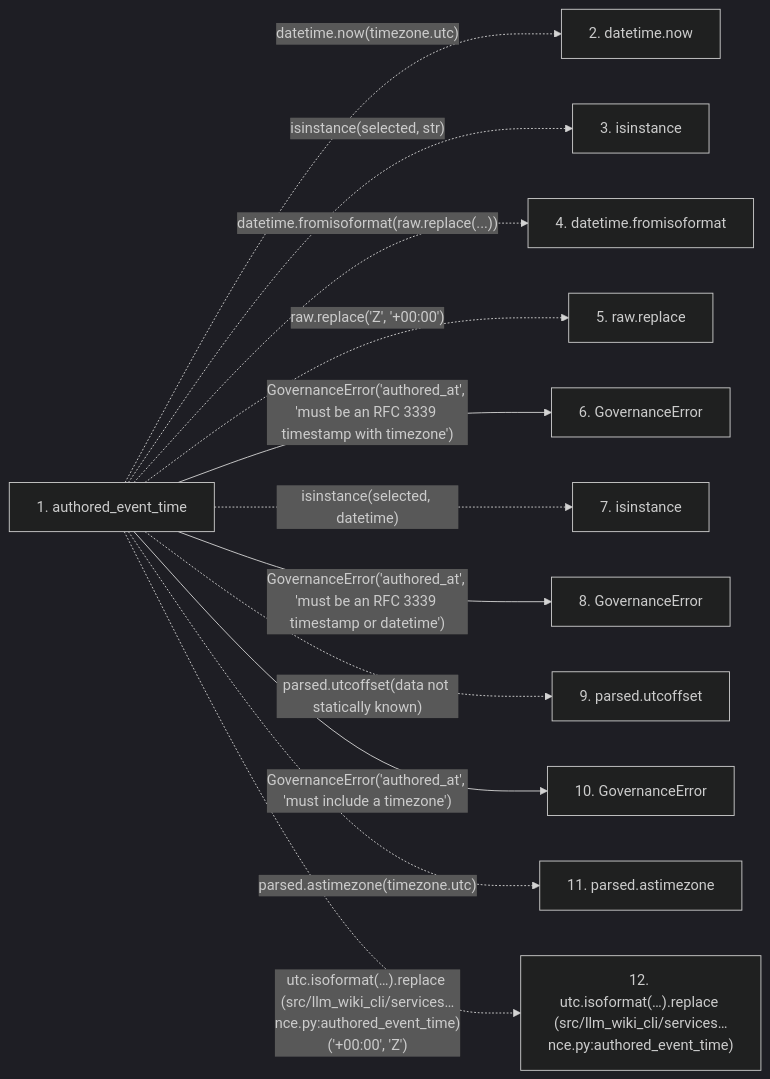
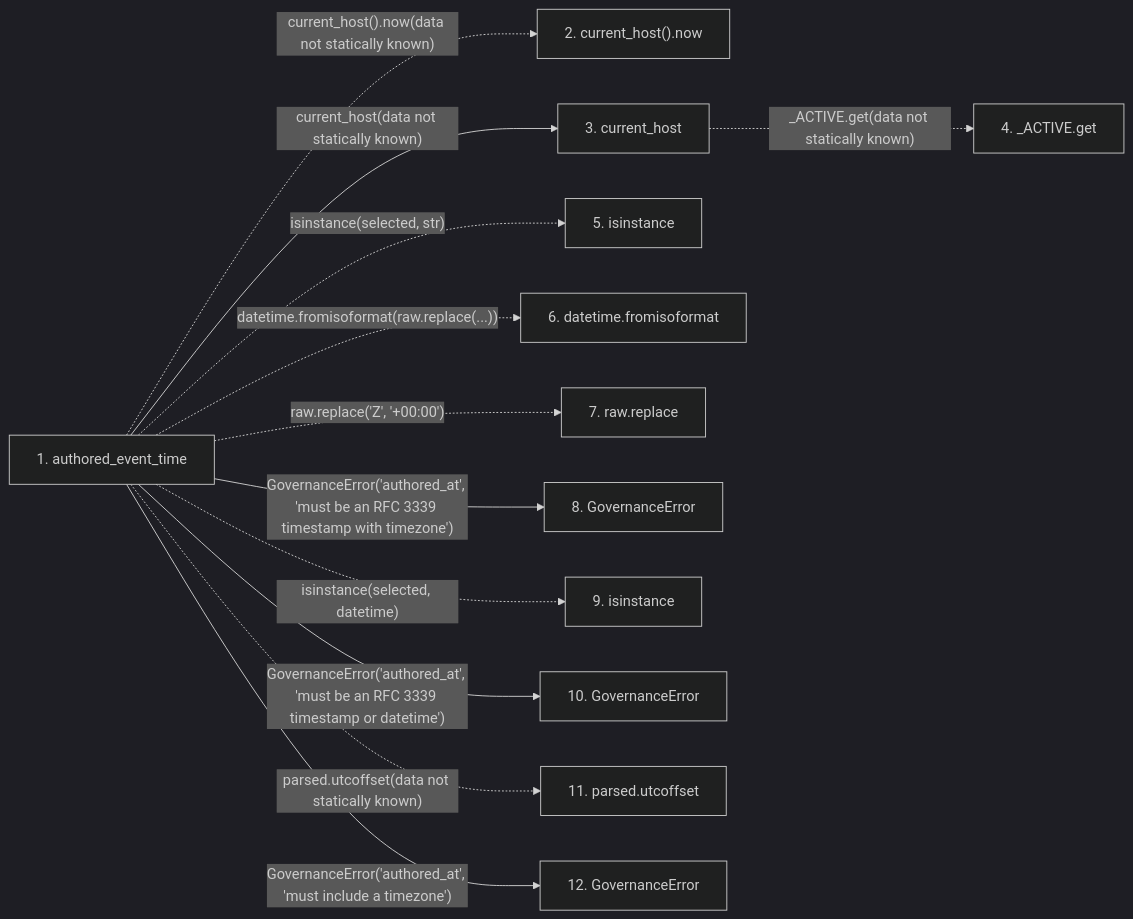
One commit to Denissvgn/python-wiki-llm changed the second of 2 diagrams in docs/llm_wiki/flows/api-authored_event_time.md. Above: the diagram before and after it, drawn with Mermaid (dark theme). The commit also changed other lines of this file and 1555 other files, not shown here.

````diff
--- a/docs/llm_wiki/flows/api-authored_event_time.md
+++ b/docs/llm_wiki/flows/api-authored_event_time.md
@@ -76,30 +80,31 @@
 ```mermaid
 flowchart LR
     s1["1. authored_event_time"]
-    s2["2. datetime.now"]
-    s3["3. isinstance"]
-    s4["4. datetime.fromisoformat"]
-    s5["5. raw.replace"]
-    s6["6. GovernanceError"]
-    s7["7. isinstance"]
+    s2["2. current_host().now"]
+    s3["3. current_host"]
+    s4["4. _ACTIVE.get"]
+    s5["5. isinstance"]
+    s6["6. datetime.fromisoformat"]
+    s7["7. raw.replace"]
     s8["8. GovernanceError"]
-    s9["9. parsed.utcoffset"]
+    s9["9. isinstance"]
     s10["10. GovernanceError"]
-    s11["11. parsed.astimezone"]
-    s12["12. utc.isoformat(…).replace (src/llm_wiki_cli/services…nce.py:authored_event_time)"]
-    s1 -. "datetime.now(timezone.utc)" .-> s2
-    s1 -. "isinstance(selected, str)" .-> s3
-    s1 -. "datetime.fromisoformat(raw.replace(...))" .-> s4
-    s1 -. "raw.replace('Z', '+00:00')" .-> s5
-    s1 -->|"GovernanceError('authored_at', 'must be an RFC 3339 timestamp with timezone')"| s6
-    s1 -. "isinstance(selected, datetime)" .-> s7
-    s1 -->|"GovernanceError('authored_at', 'must be an RFC 3339 timestamp or datetime')"| s8
-    s1 -. "parsed.utcoffset(data not statically known)" .-> s9
-    s1 -->|"GovernanceError('authored_at', 'must include a timezone')"| s10
-    s1 -. "parsed.astimezone(timezone.utc)" .-> s11
-    s1 -. "utc.isoformat(…).replace (src/llm_wiki_cli/services…nce.py:authored_event_time)('+00:00', 'Z')" .-> s12
+    s11["11. parsed.utcoffset"]
+    s12["12. GovernanceError"]
+    s1 -. "current_host().now(data not statically known)" .-> s2
+    s1 -->|"current_host(data not statically known)"| s3
+    s3 -. "_ACTIVE.get(data not statically known)" .-> s4
+    s1 -. "isinstance(selected, str)" .-> s5
+    s1 -. "datetime.fromisoformat(raw.replace(...))" .-> s6
+    s1 -. "raw.replace('Z', '+00:00')" .-> s7
+    s1 -->|"GovernanceError('authored_at', 'must be an RFC 3339 timestamp with timezone')"| s8
+    s1 -. "isinstance(selected, datetime)" .-> s9
+    s1 -->|"GovernanceError('authored_at', 'must be an RFC 3339 timestamp or datetime')"| s10
+    s1 -. "parsed.utcoffset(data not statically known)" .-> s11
+    s1 -->|"GovernanceError('authored_at', 'must include a timezone')"| s12
     click s1 "../modules/knowledge_governance.md"
-    click s6 "../modules/knowledge_governance.md"
+    click s3 "../modules/host.md"
     click s8 "../modules/knowledge_governance.md"
     click s10 "../modules/knowledge_governance.md"
+    click s12 "../modules/knowledge_governance.md"
 ```
````
